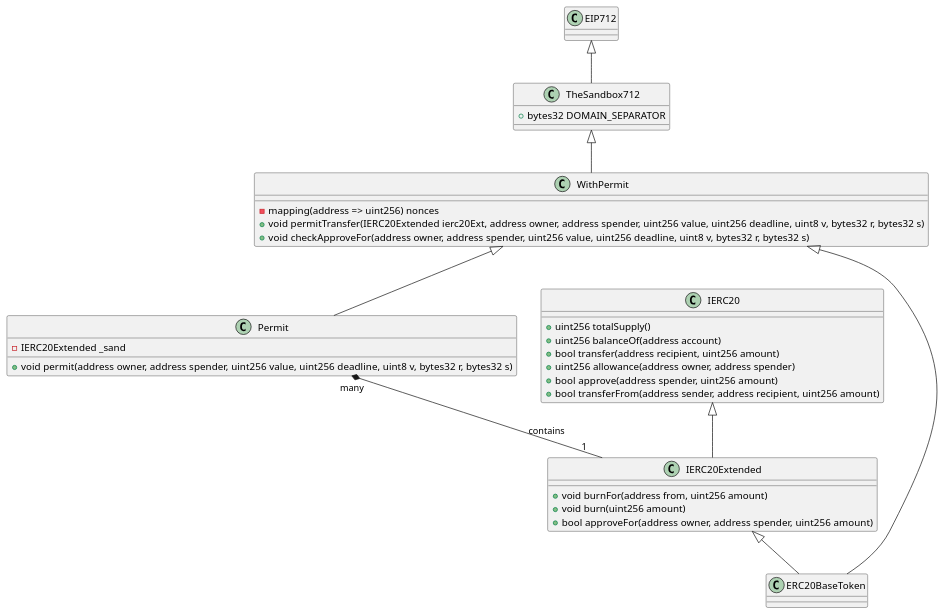
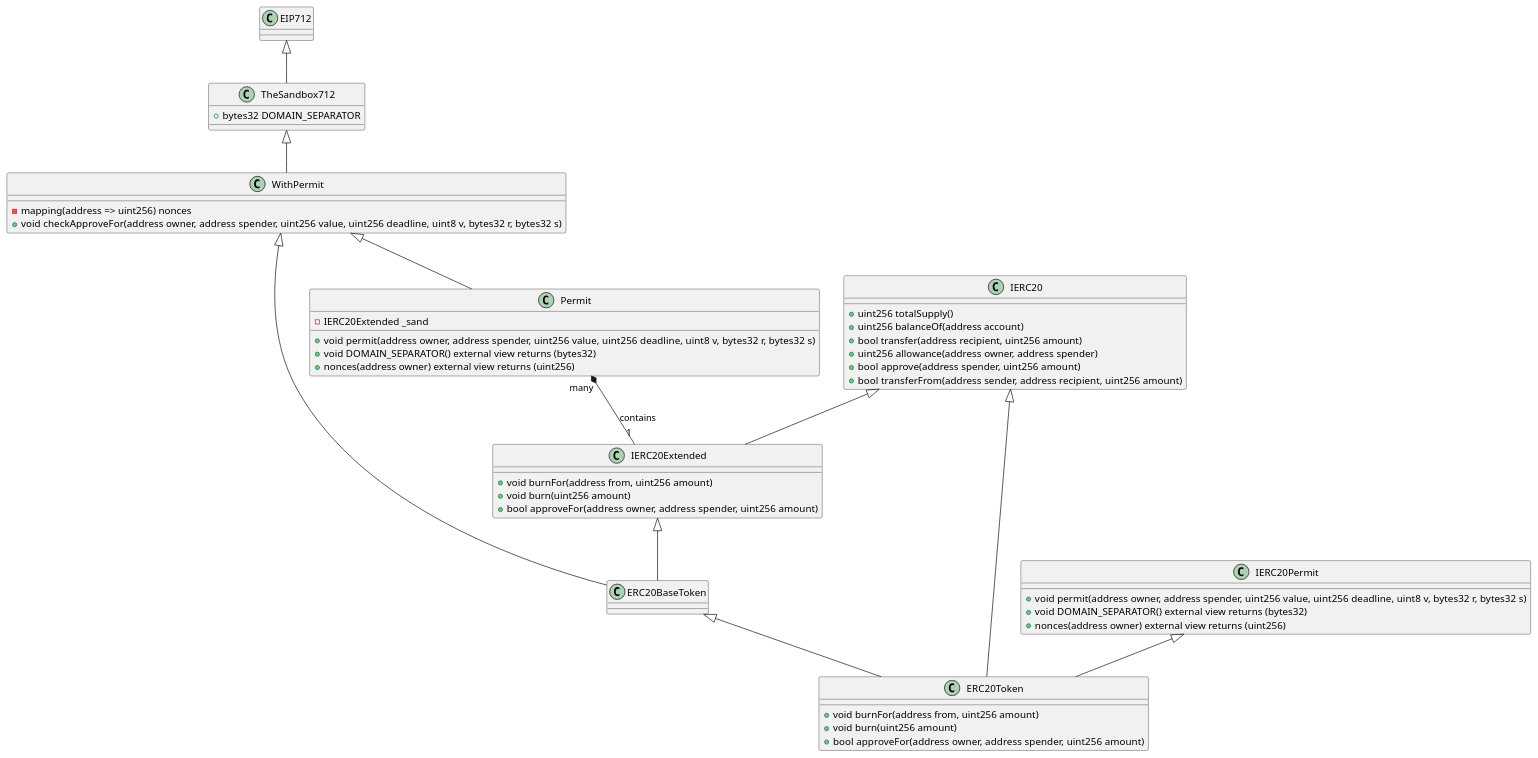
The first of 2 diagrams in docs/topics/permit/Permit.md (thesandboxgame/sandbox-smart-contracts), drawn with PlantUML before and after one commit. The commit also changed 4 other files, not shown here.

Commit message:
Implements IERC20Permit on ERC20Token.

````diff
--- a/docs/topics/permit/Permit.md
+++ b/docs/topics/permit/Permit.md
@@ -91,44 +91,60 @@
 ```plantuml
 @startuml
 EIP712 <|-- TheSandbox712
 TheSandbox712 <|-- WithPermit
 WithPermit <|-- Permit
 WithPermit <|-- ERC20BaseToken
 IERC20Extended <|-- ERC20BaseToken
 IERC20 <|-- IERC20Extended
+ERC20BaseToken <|-- ERC20Token
+IERC20 <|-- ERC20Token
+IERC20Permit <|-- ERC20Token
 Permit "many" *-- "1" IERC20Extended : contains
 
 class EIP712 {
 }
 
 class TheSandbox712 {
   + bytes32 DOMAIN_SEPARATOR
 }
 
 class WithPermit {
   - mapping(address => uint256) nonces
-  + void permitTransfer(IERC20Extended ierc20Ext, address owner, address spender, uint256 value, uint256 deadline, uint8 v, bytes32 r, bytes32 s)
   + void checkApproveFor(address owner, address spender, uint256 value, uint256 deadline, uint8 v, bytes32 r, bytes32 s)
 }
 
 class Permit {
   - IERC20Extended _sand
   + void permit(address owner, address spender, uint256 value, uint256 deadline, uint8 v, bytes32 r, bytes32 s)
+  + void DOMAIN_SEPARATOR() external view returns (bytes32)
+  + nonces(address owner) external view returns (uint256)
 }
 
 class IERC20 {
   + uint256 totalSupply() 
   + uint256 balanceOf(address account)
   + bool transfer(address recipient, uint256 amount)
   + uint256 allowance(address owner, address spender)
   + bool approve(address spender, uint256 amount)
   + bool transferFrom(address sender, address recipient, uint256 amount)
 }
 
 class IERC20Extended {
   + void burnFor(address from, uint256 amount)
   + void burn(uint256 amount)
   + bool approveFor(address owner, address spender, uint256 amount)
 }
+
+class IERC20Permit {
+  + void permit(address owner, address spender, uint256 value, uint256 deadline, uint8 v, bytes32 r, bytes32 s)
+  + void DOMAIN_SEPARATOR() external view returns (bytes32)
+  + nonces(address owner) external view returns (uint256)
+}
+
+class ERC20Token {
+  + void burnFor(address from, uint256 amount)
+  + void burn(uint256 amount)
+  + bool approveFor(address owner, address spender, uint256 amount)
+}
 @enduml
 ```
````
